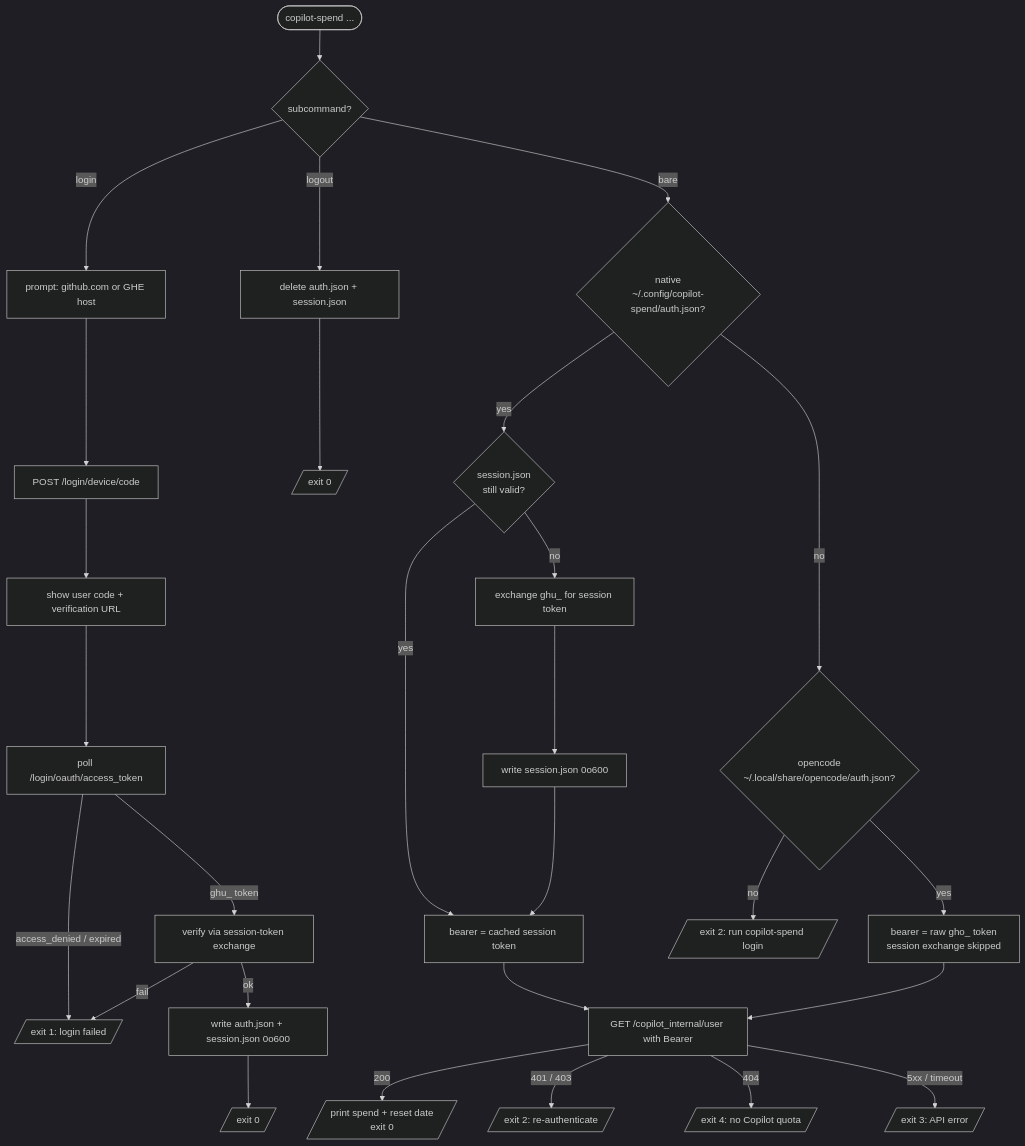
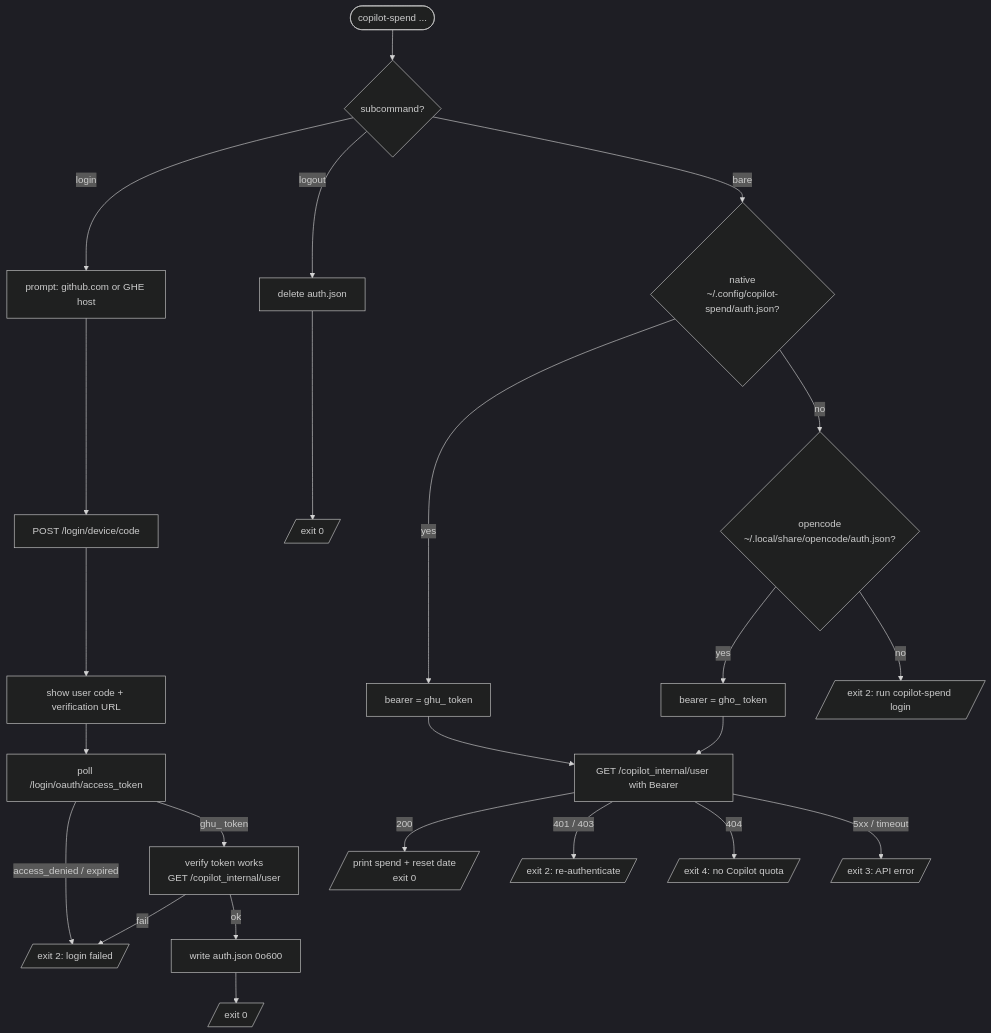
One commit to nkootstra/copilot-spend changed the diagram in README.md. Above: the diagram before and after it, drawn with Mermaid (dark theme). The commit also changed other lines of this file and 8 other files, not shown here.

First line of the commit message:
fix: use OAuth token directly as Bearer, drop session exchange

````diff
--- a/README.md
+++ b/README.md
@@ -11,33 +11,29 @@
 ```mermaid
 flowchart TD
     Start([copilot-spend ...]) --> Cmd{subcommand?}
 
     Cmd -- login --> Host[prompt: github.com or GHE host]
     Host --> DeviceCode[POST /login/device/code]
     DeviceCode --> ShowCode[show user code + verification URL]
     ShowCode --> Poll[poll /login/oauth/access_token]
-    Poll -- access_denied / expired --> LoginFail[/exit 1: login failed/]
-    Poll -- ghu_ token --> Verify[verify via session-token exchange]
+    Poll -- access_denied / expired --> LoginFail[/exit 2: login failed/]
+    Poll -- ghu_ token --> Verify[verify token works<br/>GET /copilot_internal/user]
     Verify -- fail --> LoginFail
-    Verify -- ok --> WriteAuth[write auth.json + session.json 0o600]
+    Verify -- ok --> WriteAuth[write auth.json 0o600]
     WriteAuth --> LoginDone[/exit 0/]
 
-    Cmd -- logout --> DeleteFiles[delete auth.json + session.json]
+    Cmd -- logout --> DeleteFiles[delete auth.json]
     DeleteFiles --> LogoutDone[/exit 0/]
 
     Cmd -- bare --> Native{native<br/>~/.config/copilot-spend/auth.json?}
-    Native -- yes --> Cache{session.json<br/>still valid?}
-    Cache -- yes --> SessBearer[bearer = cached session token]
-    Cache -- no --> Exchange[exchange ghu_ for session token]
-    Exchange --> CacheWrite[write session.json 0o600]
-    CacheWrite --> SessBearer
+    Native -- yes --> NativeBearer[bearer = ghu_ token]
     Native -- no --> Opencode{opencode<br/>~/.local/share/opencode/auth.json?}
-    Opencode -- yes --> RawBearer[bearer = raw gho_ token<br/>session exchange skipped]
+    Opencode -- yes --> OpencodeBearer[bearer = gho_ token]
     Opencode -- no --> NoCreds[/exit 2: run copilot-spend login/]
-    SessBearer --> Quota[GET /copilot_internal/user with Bearer]
-    RawBearer --> Quota
+    NativeBearer --> Quota[GET /copilot_internal/user with Bearer]
+    OpencodeBearer --> Quota
     Quota -- 200 --> Print[/print spend + reset date<br/>exit 0/]
     Quota -- 401 / 403 --> AuthErr[/exit 2: re-authenticate/]
     Quota -- 404 --> NoSub[/exit 4: no Copilot quota/]
     Quota -- 5xx / timeout --> ApiErr[/exit 3: API error/]
 ```
````
